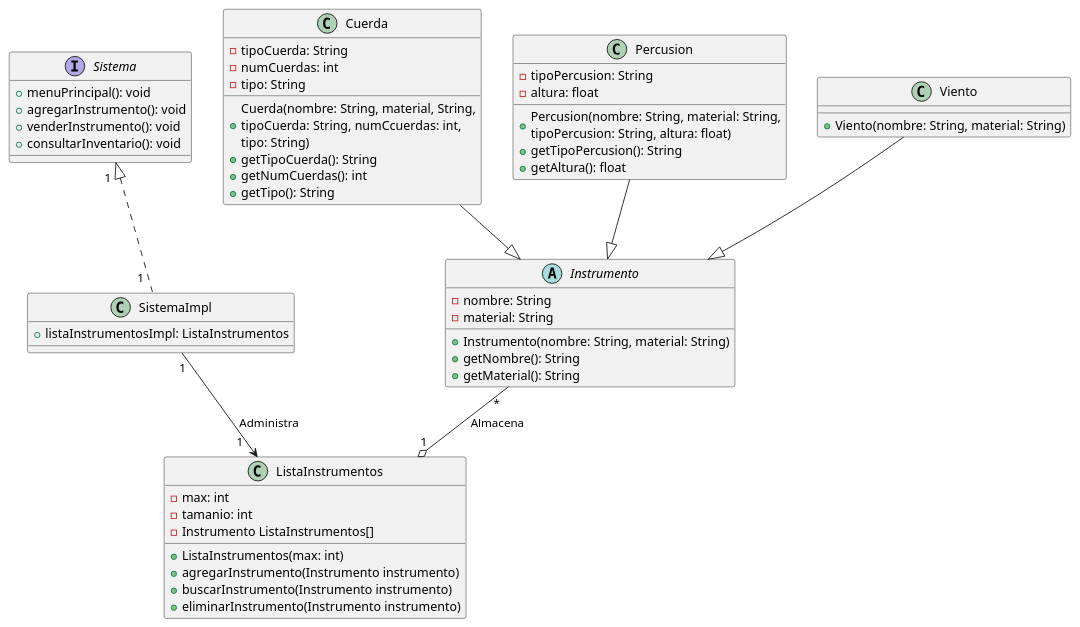
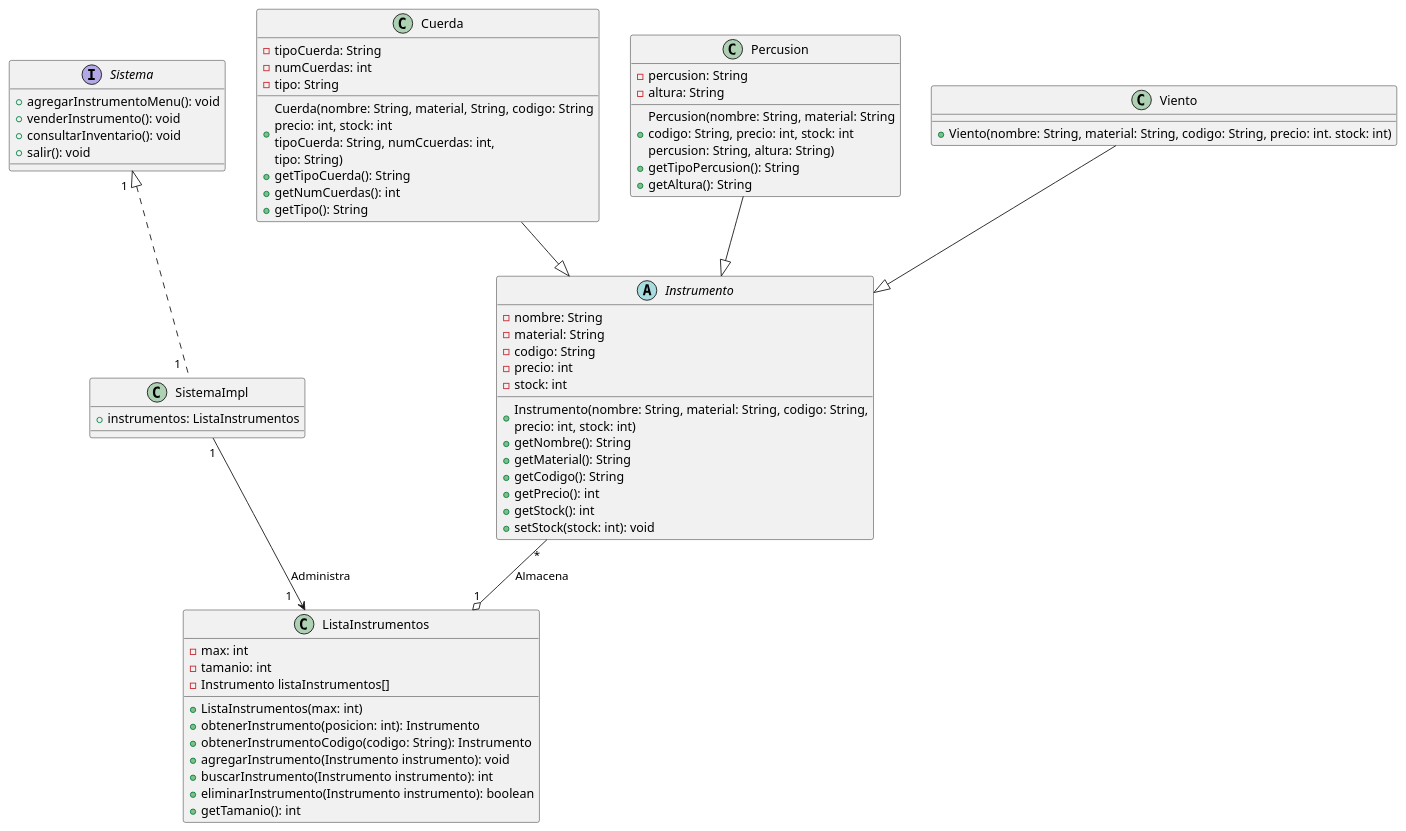
One commit to AlbertoLyons/Taller-3 changed the diagram in Clases.puml. Above: the diagram before and after it, drawn with PlantUML. The commit also changed 4 other files, not shown here.

Commit message:
Diagrama de clases y correccion

```diff
--- a/Clases.puml
+++ b/Clases.puml
@@ -1,54 +1,64 @@
 @startuml
 abstract Instrumento {
 -{field} nombre: String
 -{field} material: String
-+{method} Instrumento(nombre: String, material: String)
+-{field} codigo: String
+-{field} precio: int
+-{field} stock: int
++{method} Instrumento(nombre: String, material: String, codigo: String,\nprecio: int, stock: int)
 +{method} getNombre(): String
 +{method} getMaterial(): String
++{method} getCodigo(): String
++{method} getPrecio(): int
++{method} getStock(): int
++{method} setStock(stock: int): void
 }
 class Cuerda {
 -{field} tipoCuerda: String
 -{field} numCuerdas: int
 -{field} tipo: String
-+{method} Cuerda(nombre: String, material, String,\ntipoCuerda: String, numCcuerdas: int,\ntipo: String)
++{method} Cuerda(nombre: String, material, String, codigo: String\nprecio: int, stock: int\ntipoCuerda: String, numCcuerdas: int,\ntipo: String)
 +{method} getTipoCuerda(): String
 +{method} getNumCuerdas(): int
 +{method} getTipo(): String
 }
 class Percusion {
--{field} tipoPercusion: String
--{field} altura: float
-+{method} Percusion(nombre: String, material: String,\ntipoPercusion: String, altura: float)
+-{field} percusion: String
+-{field} altura: String
++{method} Percusion(nombre: String, material: String\ncodigo: String, precio: int, stock: int\npercusion: String, altura: String)
 +{method} getTipoPercusion(): String
-+{method} getAltura(): float
++{method} getAltura(): String
 }
 class Viento {
-+{method} Viento(nombre: String, material: String)
++{method} Viento(nombre: String, material: String, codigo: String, precio: int. stock: int)
 }
 class ListaInstrumentos {
 -{field} max: int
 -{field} tamanio: int
--{field} Instrumento ListaInstrumentos[]
+-{field} Instrumento listaInstrumentos[]
 +{method} ListaInstrumentos(max: int)
-+{method} agregarInstrumento(Instrumento instrumento)
-+{method} buscarInstrumento(Instrumento instrumento)
-+{method} eliminarInstrumento(Instrumento instrumento)
++{method} obtenerInstrumento(posicion: int): Instrumento
++{method} obtenerInstrumentoCodigo(codigo: String): Instrumento
++{method} agregarInstrumento(Instrumento instrumento): void
++{method} buscarInstrumento(Instrumento instrumento): int
++{method} eliminarInstrumento(Instrumento instrumento): boolean
++{method} getTamanio(): int
 }
 interface Sistema {
-+{field} menuPrincipal(): void
-+{field} agregarInstrumento(): void
++{field} agregarInstrumentoMenu(): void
 +{field} venderInstrumento(): void
 +{field} consultarInventario(): void
++{field} salir(): void
 }
 class SistemaImpl {
-+{field}listaInstrumentosImpl: ListaInstrumentos
++{field} instrumentos: ListaInstrumentos
 }
 Sistema "1  " <|.. "1  " SistemaImpl
 Cuerda  --|>  Instrumento
 Percusion  --|>  Instrumento
 Viento  --|>  Instrumento
 SistemaImpl "1" --> "1   " ListaInstrumentos : Administra
 Instrumento "*" --o "1" ListaInstrumentos : Almacena
 
 
 @enduml
```
